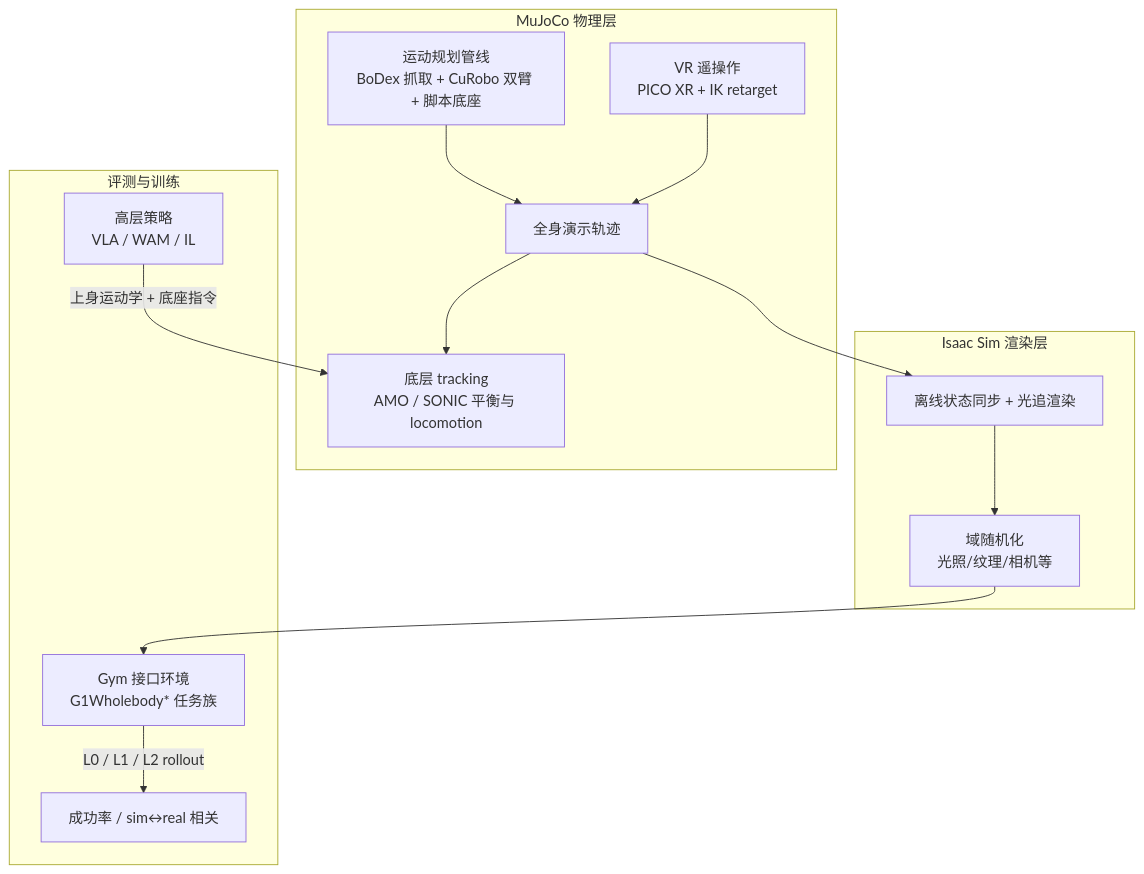
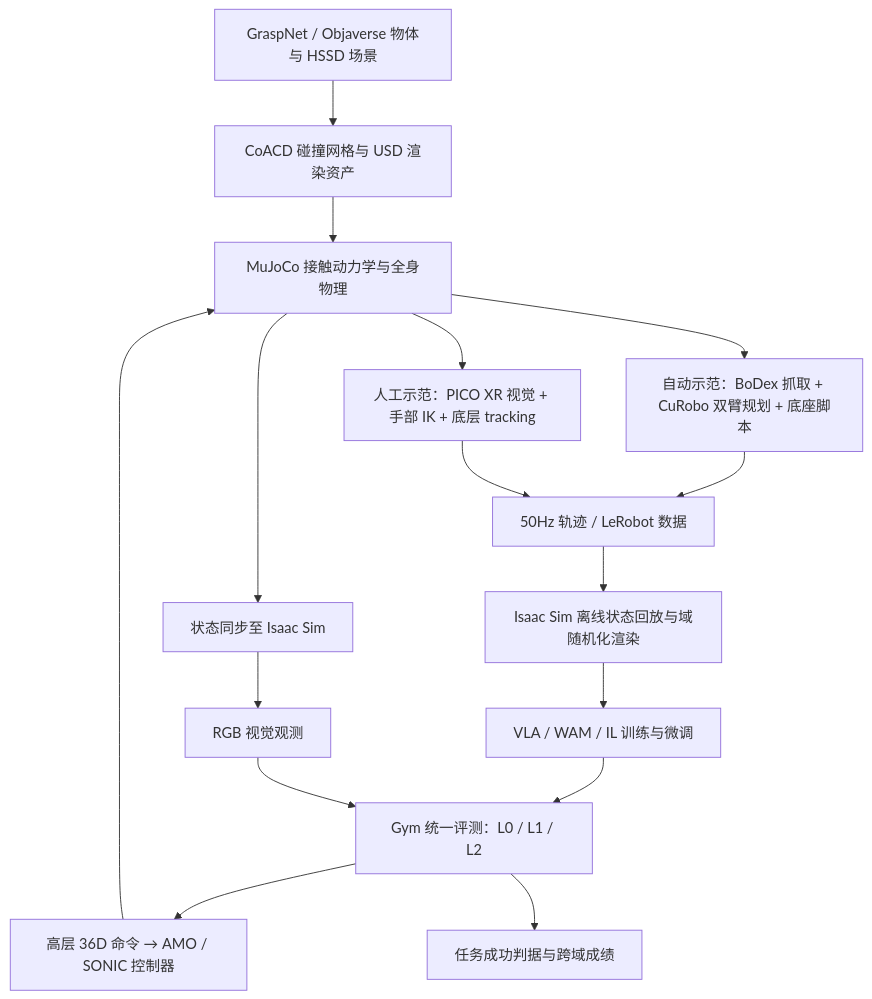
Before and after one commit to ImChong/Robotics_Notebooks: the first of 2 diagrams in wiki/entities/paper-loco-manip-161-075-simple.md, drawn with Mermaid. The commit also changed other lines of this file, not shown here.

````diff
--- a/wiki/entities/paper-loco-manip-161-075-simple.md
+++ b/wiki/entities/paper-loco-manip-161-075-simple.md
@@ -56,23 +73,18 @@
 ```mermaid
 flowchart TB
-  subgraph physics [MuJoCo 物理层]
-    mp[运动规划管线\nBoDex 抓取 + CuRobo 双臂 + 脚本底座]
-    vr[VR 遥操作\nPICO XR + IK retarget]
-    ctrl[底层 tracking\nAMO / SONIC 平衡与 locomotion]
-    mp --> traj[全身演示轨迹]
-    vr --> traj
-    traj --> ctrl
-  end
-  subgraph render [Isaac Sim 渲染层]
-    replay[离线状态同步 + 光追渲染]
-    dr[域随机化\n光照/纹理/相机等]
-    traj --> replay --> dr
-  end
-  subgraph eval [评测与训练]
-    gym[Gym 接口环境\nG1Wholebody* 任务族]
-    pol[高层策略\nVLA / WAM / IL]
-  dr --> gym
-  pol -->|上身运动学 + 底座指令| ctrl
-  gym -->|L0 / L1 / L2 rollout| score[成功率 / sim↔real 相关]
-  end
+  objects["GraspNet / Objaverse 物体与 HSSD 场景"] --> assets["CoACD 碰撞网格与 USD 渲染资产"]
+  assets --> mj["MuJoCo 接触动力学与全身物理"]
+  mj --> mp["自动示范：BoDex 抓取 + CuRobo 双臂规划 + 底座脚本"]
+  mj --> vr["人工示范：PICO XR 视觉 + 手部 IK + 底层 tracking"]
+  mp --> demo["50Hz 轨迹 / LeRobot 数据"]
+  vr --> demo
+  demo --> offline["Isaac Sim 离线状态回放与域随机化渲染"]
+  offline --> train["VLA / WAM / IL 训练与微调"]
+  train --> eval["Gym 统一评测：L0 / L1 / L2"]
+  eval --> wbc["高层 36D 命令 → AMO / SONIC 控制器"]
+  wbc --> mj
+  mj --> sync["状态同步至 Isaac Sim"]
+  sync --> render["RGB 视觉观测"]
+  render --> eval
+  eval --> score["任务成功判据与跨域成绩"]
 ```
````
